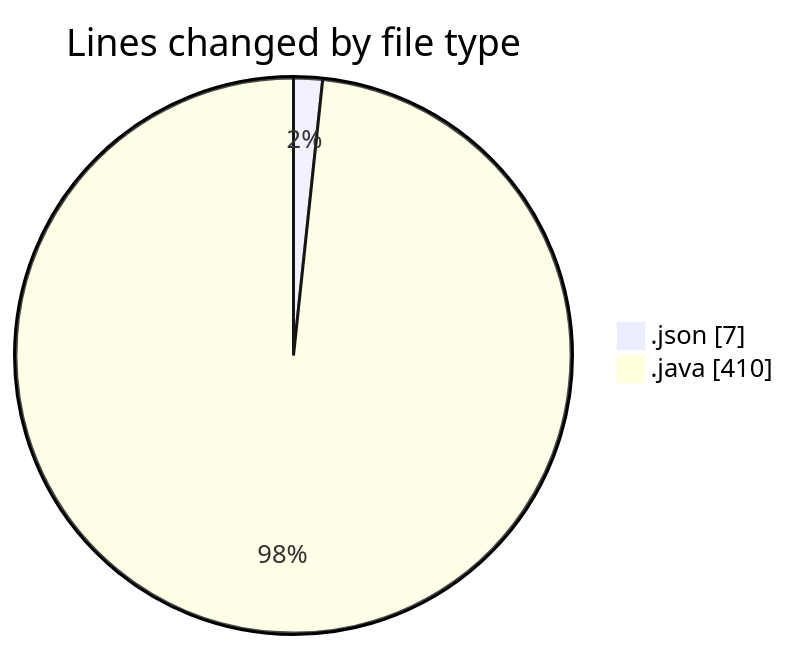
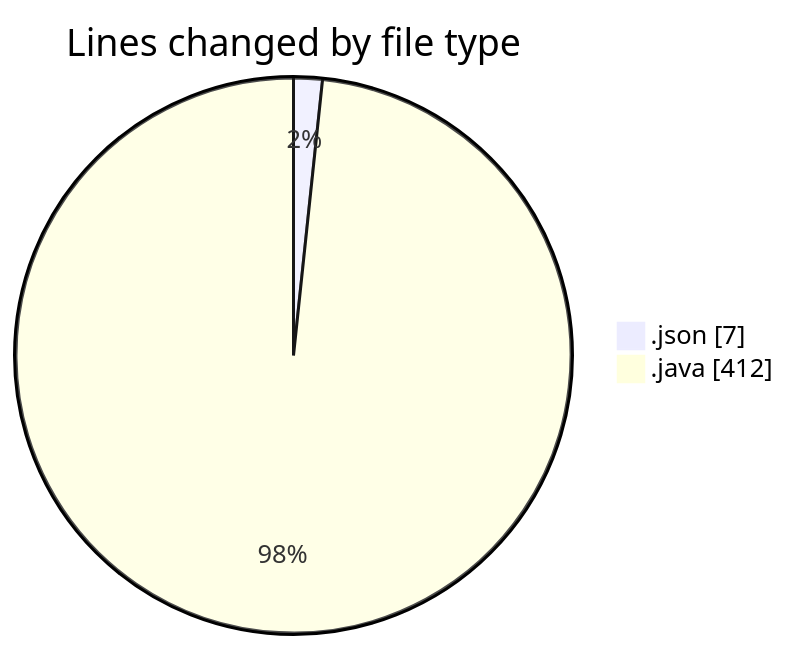
Before and after one commit to ricardozamudiocil/code-tracking: the first of 2 diagrams in 2026-02-25/cilapp/README.md, drawn with Mermaid. The commit also changed other lines of this file and 1 other file, not shown here.

````diff
--- a/2026-02-25/cilapp/README.md
+++ b/2026-02-25/cilapp/README.md
@@ -22,6 +23,6 @@
 ```mermaid
 pie showData
 title Lines changed by file type
 ".json" : 7
-".java" : 410
+".java" : 412
 ```
````
